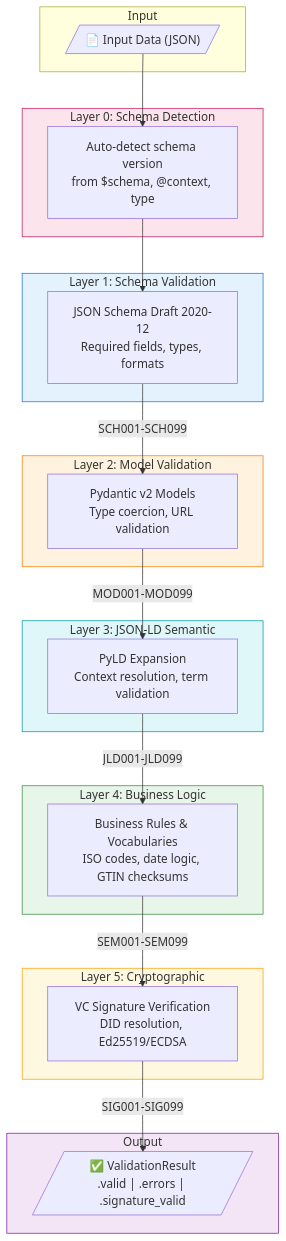
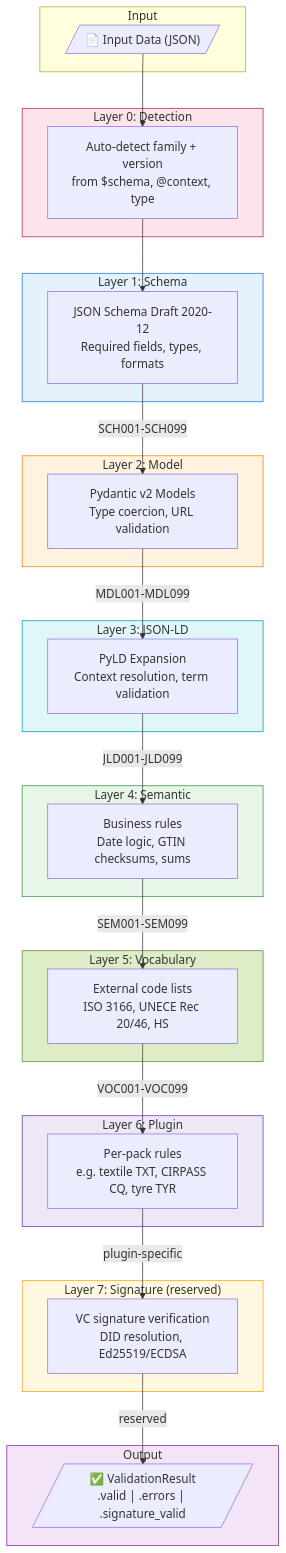
One commit to artiso-ai/dppvalidator changed the diagram in docs/concepts/validation-layers.md. Above: the diagram before and after it, drawn with Mermaid. The commit also changed other lines of this file and 33 other files, not shown here.

````diff
--- a/docs/concepts/validation-layers.md
+++ b/docs/concepts/validation-layers.md
@@ -7,50 +12,62 @@
 ```mermaid
 flowchart TD
     subgraph Input
         A[/"📄 Input Data (JSON)"/]
     end
 
-    subgraph Layer0["Layer 0: Schema Detection"]
-        A0["Auto-detect schema version<br/>from $schema, @context, type"]
+    subgraph Layer0["Layer 0: Detection"]
+        A0["Auto-detect family + version<br/>from $schema, @context, type"]
     end
 
-    subgraph Layer1["Layer 1: Schema Validation"]
+    subgraph Layer1["Layer 1: Schema"]
         B["JSON Schema Draft 2020-12<br/>Required fields, types, formats"]
     end
 
-    subgraph Layer2["Layer 2: Model Validation"]
+    subgraph Layer2["Layer 2: Model"]
         C["Pydantic v2 Models<br/>Type coercion, URL validation"]
     end
 
-    subgraph Layer3["Layer 3: JSON-LD Semantic"]
+    subgraph Layer3["Layer 3: JSON-LD"]
         C2["PyLD Expansion<br/>Context resolution, term validation"]
     end
 
-    subgraph Layer4["Layer 4: Business Logic"]
-        D["Business Rules & Vocabularies<br/>ISO codes, date logic, GTIN checksums"]
+    subgraph Layer4["Layer 4: Semantic"]
+        D["Business rules<br/>Date logic, GTIN checksums, sums"]
     end
 
-    subgraph Layer5["Layer 5: Cryptographic"]
-        E["VC Signature Verification<br/>DID resolution, Ed25519/ECDSA"]
+    subgraph Layer5["Layer 5: Vocabulary"]
+        D2["External code lists<br/>ISO 3166, UNECE Rec 20/46, HS"]
+    end
+
+    subgraph Layer6["Layer 6: Plugin"]
+        D3["Per-pack rules<br/>e.g. textile TXT, CIRPASS CQ, tyre TYR"]
+    end
+
+    subgraph Layer7["Layer 7: Signature (reserved)"]
+        E["VC signature verification<br/>DID resolution, Ed25519/ECDSA"]
     end
 
     subgraph Output
         F[/"✅ ValidationResult<br/>.valid | .errors | .signature_valid"/]
     end
 
     A --> A0
     A0 --> B
     B -->|"SCH001-SCH099"| C
-    C -->|"MOD001-MOD099"| C2
+    C -->|"MDL001-MDL099"| C2
     C2 -->|"JLD001-JLD099"| D
-    D -->|"SEM001-SEM099"| E
-    E -->|"SIG001-SIG099"| F
+    D -->|"SEM001-SEM099"| D2
+    D2 -->|"VOC001-VOC099"| D3
+    D3 -->|"plugin-specific"| E
+    E -->|"reserved"| F
 
     style Layer0 fill:#fce4ec,stroke:#c2185b
     style Layer1 fill:#e3f2fd,stroke:#1976d2
     style Layer2 fill:#fff3e0,stroke:#f57c00
     style Layer3 fill:#e0f7fa,stroke:#0097a7
     style Layer4 fill:#e8f5e9,stroke:#388e3c
-    style Layer5 fill:#fff8e1,stroke:#ffa000
+    style Layer5 fill:#dcedc8,stroke:#558b2f
+    style Layer6 fill:#ede7f6,stroke:#5e35b1
+    style Layer7 fill:#fff8e1,stroke:#ffa000
     style Output fill:#f3e5f5,stroke:#7b1fa2
 ```
````
